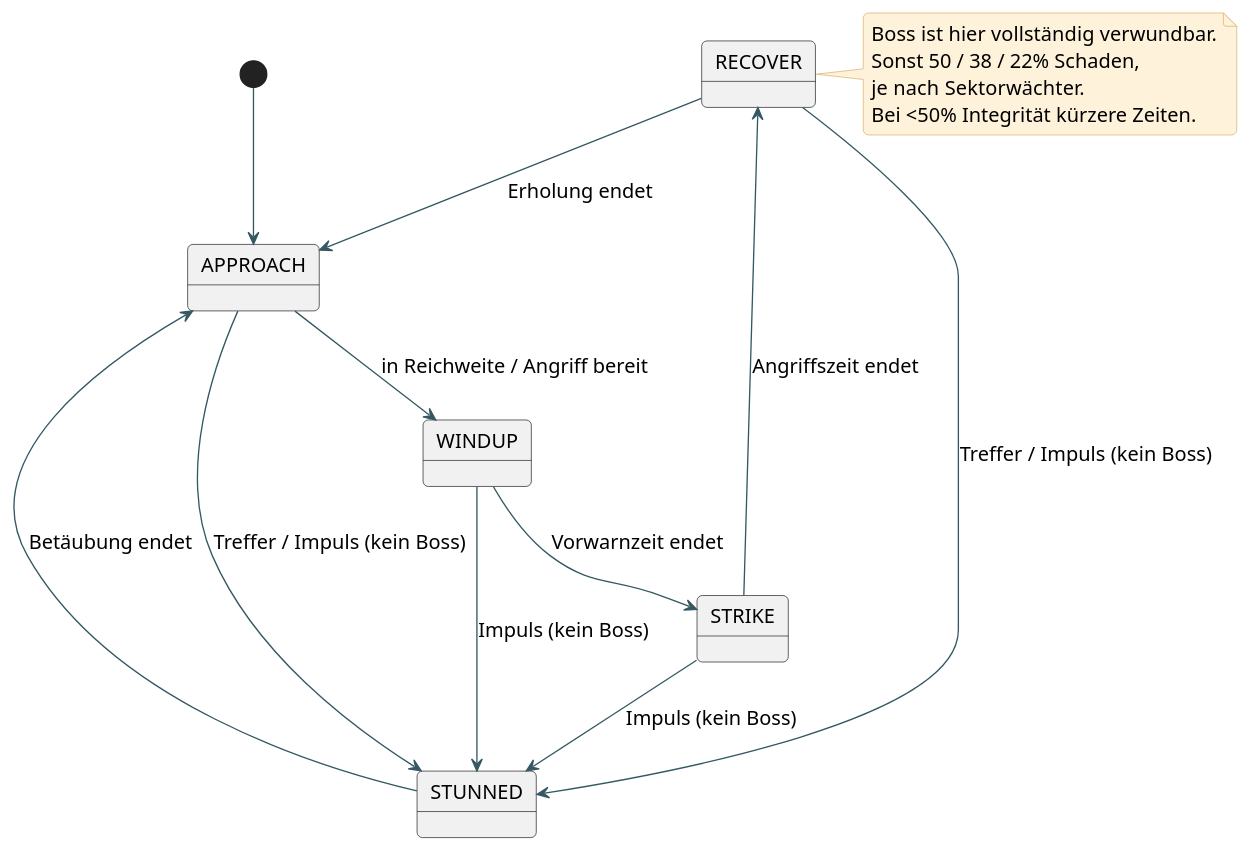
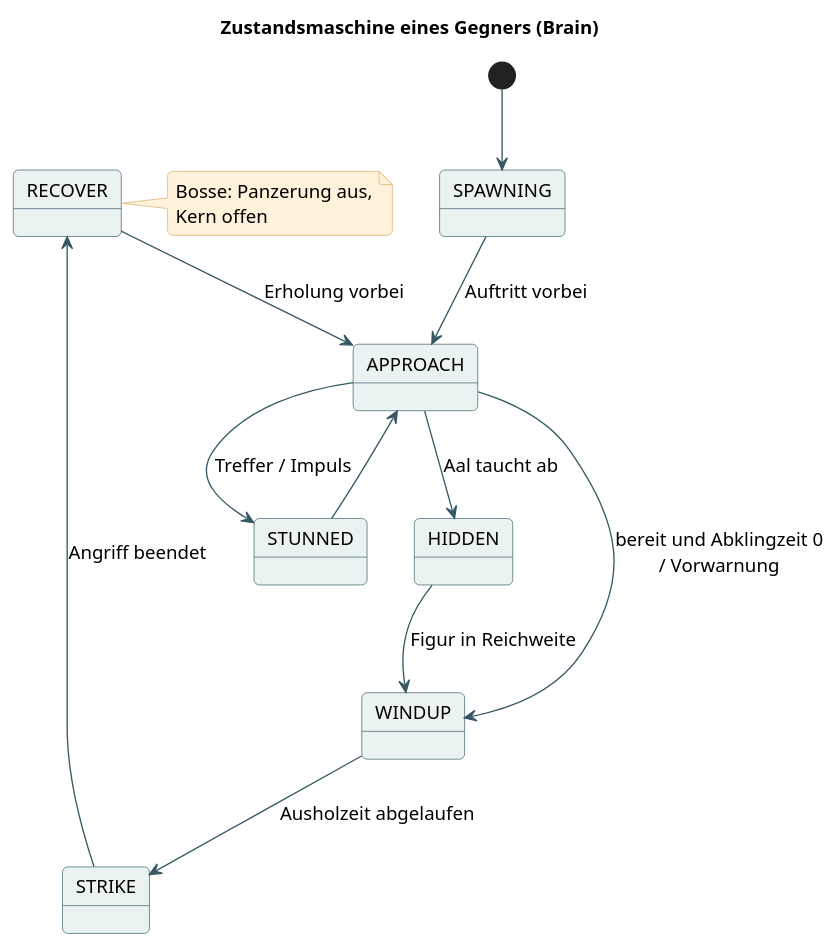
Before and after one commit to bassdav2/abyss: the diagram in docs/diagrams/11-enemy-state.puml, drawn with PlantUML. The commit also changed 421 other files, not shown here.

```diff
--- a/docs/diagrams/11-enemy-state.puml
+++ b/docs/diagrams/11-enemy-state.puml
@@ -1,35 +1,33 @@
 @startuml
 skinparam backgroundColor #FFFFFF
 skinparam defaultFontName Arial
-skinparam defaultFontSize 15
+skinparam defaultFontSize 14
 skinparam shadowing false
 skinparam roundcorner 8
 skinparam ArrowColor #355863
 skinparam classBackgroundColor #EAF3F2
 skinparam classBorderColor #355863
 skinparam participantBackgroundColor #EAF3F2
 skinparam participantBorderColor #355863
 skinparam sequenceLifeLineBorderColor #7A979C
 skinparam noteBackgroundColor #FFF2DA
 skinparam noteBorderColor #D8AA64
 skinparam packageBackgroundColor #F5F8F7
 skinparam packageBorderColor #6E8B91
+skinparam stateBackgroundColor #EAF3F2
+skinparam stateBorderColor #355863
 hide empty members
-[*] --> APPROACH
-APPROACH --> WINDUP : in Reichweite / Angriff bereit
-WINDUP --> STRIKE : Vorwarnzeit endet
-STRIKE --> RECOVER : Angriffszeit endet
-RECOVER --> APPROACH : Erholung endet
-APPROACH --> STUNNED : Treffer / Impuls (kein Boss)
-RECOVER --> STUNNED : Treffer / Impuls (kein Boss)
-WINDUP --> STUNNED : Impuls (kein Boss)
-STRIKE --> STUNNED : Impuls (kein Boss)
-STUNNED --> APPROACH : Betäubung endet
-note right of RECOVER
-Boss ist hier vollständig verwundbar.
-Sonst 50 / 38 / 22% Schaden,
-je nach Sektorwächter.
-Bei <50% Integrität kürzere Zeiten.
-end note
+title Zustandsmaschine eines Gegners (Brain)
+[*] --> SPAWNING
+SPAWNING --> APPROACH : Auftritt vorbei
+APPROACH --> WINDUP : bereit und Abklingzeit 0\n/ Vorwarnung
+WINDUP --> STRIKE : Ausholzeit abgelaufen
+STRIKE --> RECOVER : Angriff beendet
+RECOVER --> APPROACH : Erholung vorbei
+APPROACH --> STUNNED : Treffer / Impuls
+STUNNED --> APPROACH
+APPROACH --> HIDDEN : Aal taucht ab
+HIDDEN --> WINDUP : Figur in Reichweite
+note right of RECOVER : Bosse: Panzerung aus,\nKern offen
 
 @enduml
```
